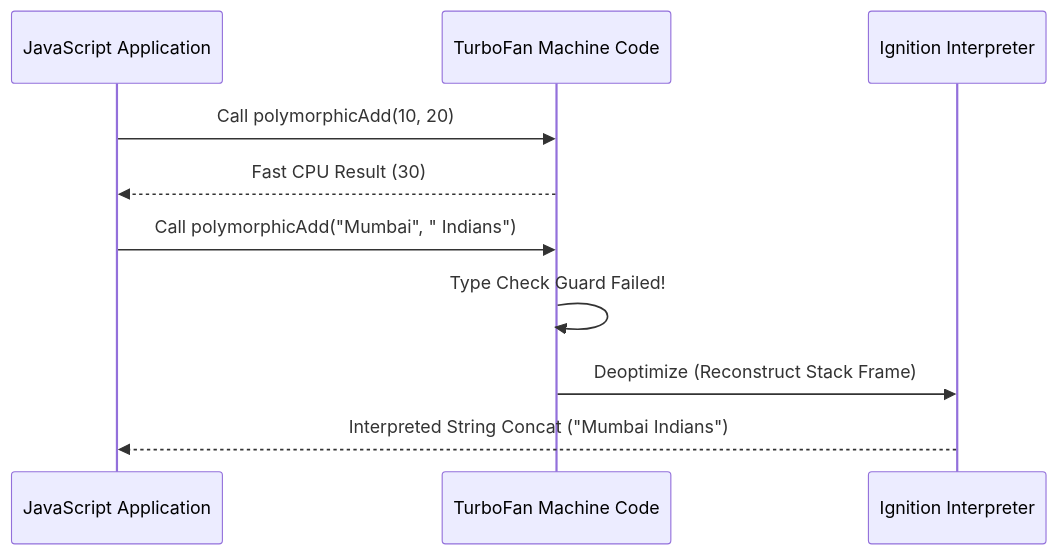
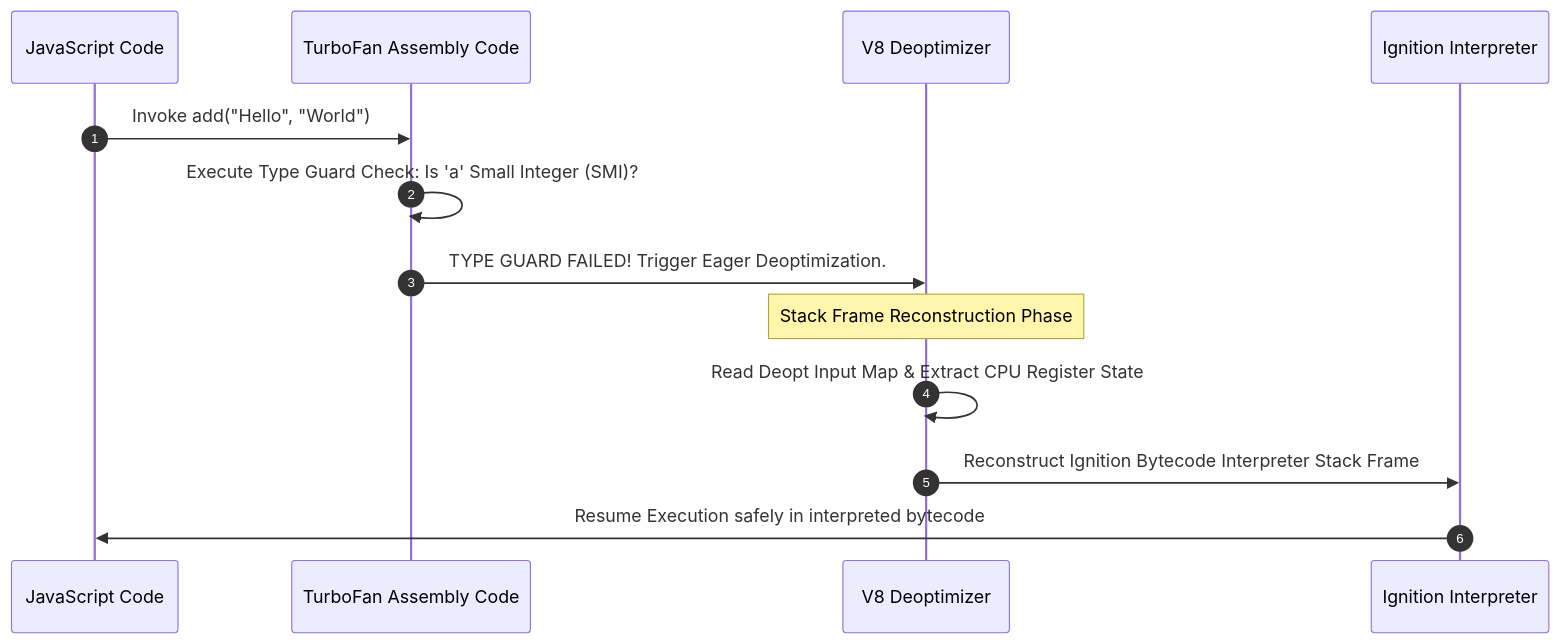
Before and after one commit to Amie-dev/engineering-playbook: the fourth of 4 diagrams in js-internals/03-compilation-pipeline.md, drawn with Mermaid. The commit also changed other lines of this file and 17 other files, not shown here.

````diff
--- a/js-internals/03-compilation-pipeline.md
+++ b/js-internals/03-compilation-pipeline.md
@@ -103,13 +116,18 @@
 ```mermaid
 sequenceDiagram
-    participant JS as JavaScript Application
-    participant TF as TurboFan Machine Code
-    participant IGN as Ignition Interpreter
+    autonumber
+    participant App as JavaScript Code
+    participant TF as TurboFan Assembly Code
+    participant V8 as V8 Deoptimizer
+    participant Ign as Ignition Interpreter
 
-    JS->>TF: Call polymorphicAdd(10, 20)
-    TF-->>JS: Fast CPU Result (30)
-    JS->>TF: Call polymorphicAdd("Mumbai", " Indians")
-    TF->>TF: Type Check Guard Failed!
-    TF->>IGN: Deoptimize (Reconstruct Stack Frame)
-    IGN-->>JS: Interpreted String Concat ("Mumbai Indians")
+    App->>TF: Invoke add("Hello", "World")
+    TF->>TF: Execute Type Guard Check: Is 'a' Small Integer (SMI)?
+    TF->>V8: TYPE GUARD FAILED! Trigger Eager Deoptimization.
+    
+    Note over V8: Stack Frame Reconstruction Phase
+    V8->>V8: Read Deopt Input Map & Extract CPU Register State
+    V8->>Ign: Reconstruct Ignition Bytecode Interpreter Stack Frame
+    
+    Ign->>App: Resume Execution safely in interpreted bytecode
 ```
````
